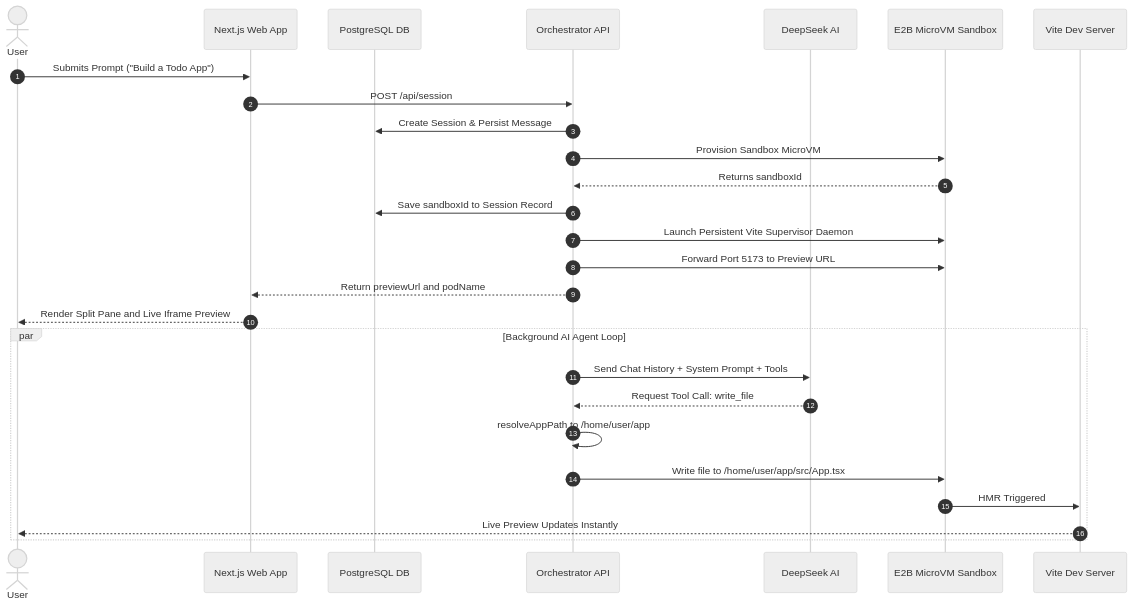
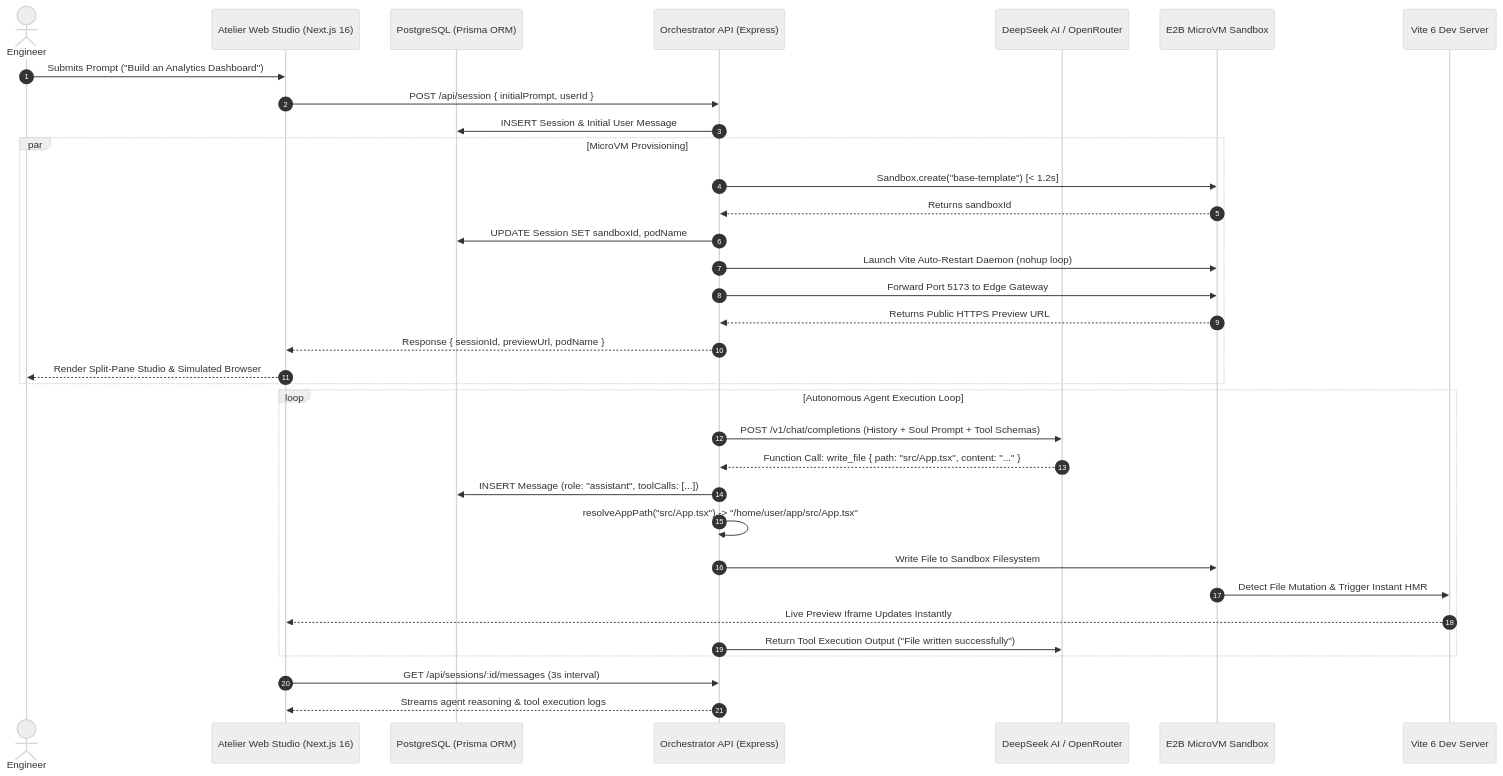
Before and after one commit to Apaarmeet/Atelier: the second of 3 diagrams in README.md, drawn with Mermaid (neutral theme). The commit also changed other lines of this file and 1 other file, not shown here.

````diff
--- a/README.md
+++ b/README.md
@@ -38,31 +138,40 @@
 ```mermaid
 sequenceDiagram
     autonumber
-    actor User
-    participant Web as Next.js Web App
-    participant DB as PostgreSQL DB
-    participant Orch as Orchestrator API
-    participant AI as DeepSeek AI
-    participant E2B as E2B MicroVM Sandbox
-    participant Vite as Vite Dev Server
+    actor Engineer
+    participant Web as Atelier Web Studio (Next.js 16)
+    participant DB as PostgreSQL (Prisma ORM)
+    participant Orch as Orchestrator API (Express)
+    participant AI as DeepSeek AI / OpenRouter
+    participant VM as E2B MicroVM Sandbox
+    participant Vite as Vite 6 Dev Server
 
-    User->>Web: Submits Prompt ("Build a Todo App")
-    Web->>Orch: POST /api/session
-    Orch->>DB: Create Session & Persist Message
-    Orch->>E2B: Provision Sandbox MicroVM
-    E2B-->>Orch: Returns sandboxId
-    Orch->>DB: Save sandboxId to Session Record
-    Orch->>E2B: Launch Persistent Vite Supervisor Daemon
-    Orch->>E2B: Forward Port 5173 to Preview URL
-    Orch-->>Web: Return previewUrl and podName
-    Web-->>User: Render Split Pane and Live Iframe Preview
+    Engineer->>Web: Submits Prompt ("Build an Analytics Dashboard")
+    Web->>Orch: POST /api/session { initialPrompt, userId }
+    Orch->>DB: INSERT Session & Initial User Message
+    
+    par MicroVM Provisioning
+        Orch->>VM: Sandbox.create("base-template") [< 1.2s]
+        VM-->>Orch: Returns sandboxId
+        Orch->>DB: UPDATE Session SET sandboxId, podName
+        Orch->>VM: Launch Vite Auto-Restart Daemon (nohup loop)
+        Orch->>VM: Forward Port 5173 to Edge Gateway
+        VM-->>Orch: Returns Public HTTPS Preview URL
+        Orch-->>Web: Response { sessionId, previewUrl, podName }
+        Web-->>Engineer: Render Split-Pane Studio & Simulated Browser
+    end
 
-    par Background AI Agent Loop
-        Orch->>AI: Send Chat History + System Prompt + Tools
-        AI-->>Orch: Request Tool Call: write_file
-        Orch->>Orch: resolveAppPath to /home/user/app
-        Orch->>E2B: Write file to /home/user/app/src/App.tsx
-        E2B->>Vite: HMR Triggered
-        Vite-->>User: Live Preview Updates Instantly
+    loop Autonomous Agent Execution Loop
+        Orch->>AI: POST /v1/chat/completions (History + Soul Prompt + Tool Schemas)
+        AI-->>Orch: Function Call: write_file { path: "src/App.tsx", content: "..." }
+        Orch->>DB: INSERT Message (role: "assistant", toolCalls: [...])
+        Orch->>Orch: resolveAppPath("src/App.tsx") -> "/home/user/app/src/App.tsx"
+        Orch->>VM: Write File to Sandbox Filesystem
+        VM->>Vite: Detect File Mutation & Trigger Instant HMR
+        Vite-->>Web: Live Preview Iframe Updates Instantly
+        Orch->>AI: Return Tool Execution Output ("File written successfully")
     end
+
+    Web->>Orch: GET /api/sessions/:id/messages (3s interval)
+    Orch-->>Web: Streams agent reasoning & tool execution logs
 ```
````
